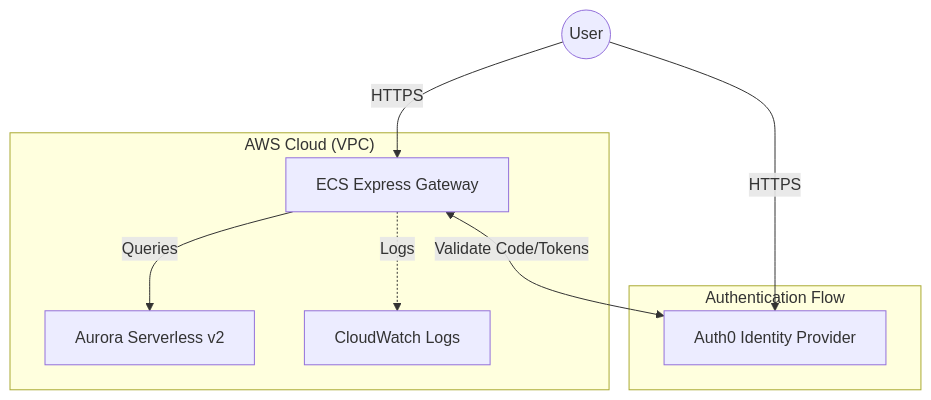
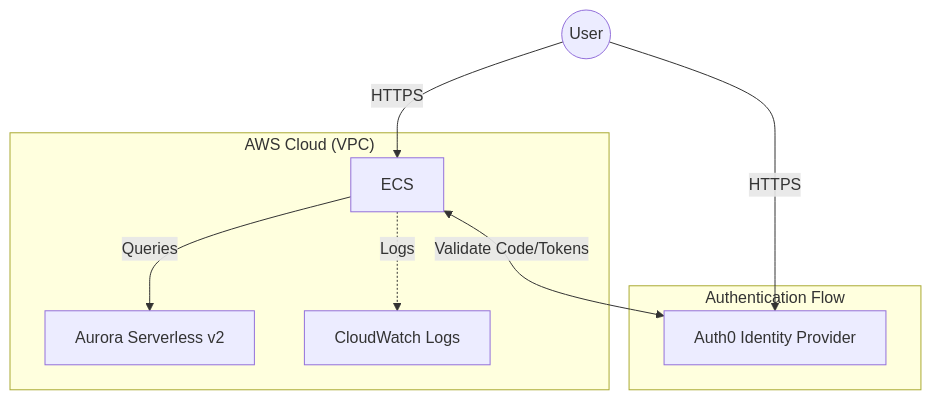
One commit to aws-samples/sample-ecs-express-starter-kit changed the diagram in README.md. Above: the diagram before and after it, drawn with Mermaid.

Commit message:
label correction

````diff
--- a/README.md
+++ b/README.md
@@ -13,14 +13,14 @@
 ```mermaid
 graph TD
     User((User)) -->|HTTPS| Auth0[Auth0 Identity Provider]
-    User -->|HTTPS| ECS[ECS Express Gateway]
+    User -->|HTTPS| ECS[ECS]
 
     subgraph "AWS Cloud (VPC)"
         ECS -->|Queries| RDS[Aurora Serverless v2]
         ECS -.->|Logs| CW[CloudWatch Logs]
     end
 
     subgraph "Authentication Flow"
         ECS <-->|Validate Code/Tokens| Auth0
     end
 ```
````
